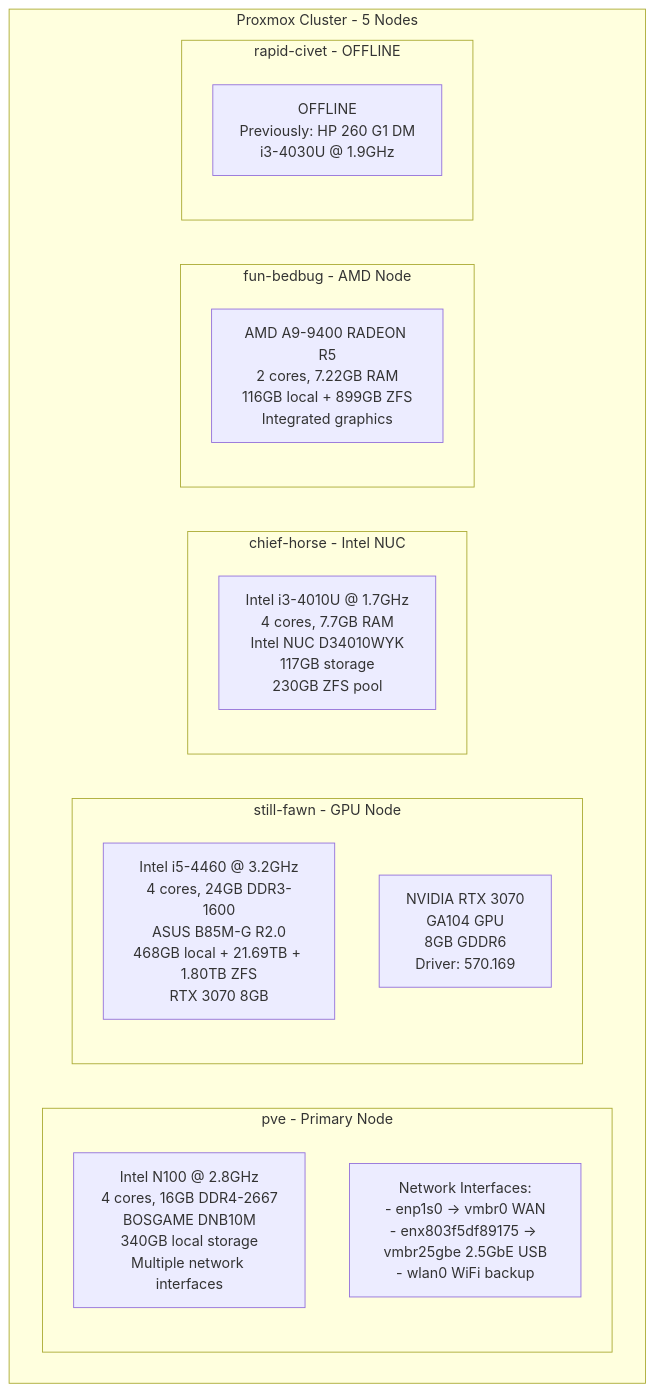
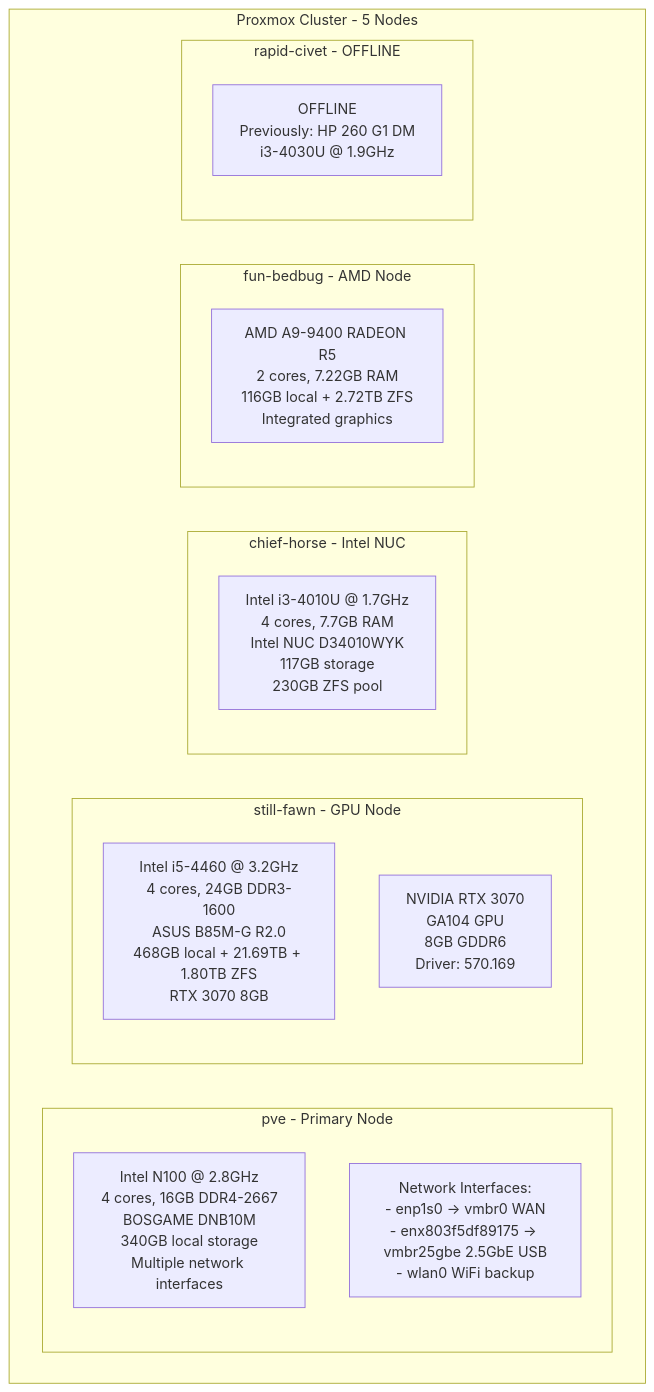
Before and after one commit to homeiac/home: the first of 5 diagrams in docs/source/md/proxmox-infrastructure-guide.md, drawn with Mermaid. The commit also changed other lines of this file and 18 other files, not shown here.

````diff
--- a/docs/source/md/proxmox-infrastructure-guide.md
+++ b/docs/source/md/proxmox-infrastructure-guide.md
@@ -11,26 +11,26 @@
 ```mermaid
 graph TB
     subgraph "Proxmox Cluster - 5 Nodes"
         subgraph "pve - Primary Node"
             pve_hw[Intel N100 @ 2.8GHz<br/>4 cores, 16GB DDR4-2667<br/>BOSGAME DNB10M<br/>340GB local storage<br/>Multiple network interfaces]
             pve_nets[Network Interfaces:<br/>- enp1s0 → vmbr0 WAN<br/>- enx803f5df89175 → vmbr25gbe 2.5GbE USB<br/>- wlan0 WiFi backup]
         end
         
         subgraph "still-fawn - GPU Node"
             sf_hw[Intel i5-4460 @ 3.2GHz<br/>4 cores, 24GB DDR3-1600<br/>ASUS B85M-G R2.0<br/>468GB local + 21.69TB + 1.80TB ZFS<br/>RTX 3070 8GB]
             sf_gpu[NVIDIA RTX 3070<br/>GA104 GPU<br/>8GB GDDR6<br/>Driver: 570.169]
         end
         
         subgraph "chief-horse - Intel NUC"
             ch_hw[Intel i3-4010U @ 1.7GHz<br/>4 cores, 7.7GB RAM<br/>Intel NUC D34010WYK<br/>117GB storage<br/>230GB ZFS pool]
         end
         
         subgraph "fun-bedbug - AMD Node"
-            fb_hw[AMD A9-9400 RADEON R5<br/>2 cores, 7.22GB RAM<br/>116GB local + 899GB ZFS<br/>Integrated graphics]
+            fb_hw[AMD A9-9400 RADEON R5<br/>2 cores, 7.22GB RAM<br/>116GB local + 2.72TB ZFS<br/>Integrated graphics]
         end
         
         subgraph "rapid-civet - OFFLINE"
             rc_hw[OFFLINE<br/>Previously: HP 260 G1 DM<br/>i3-4030U @ 1.9GHz]
         end
     end
 ```
````
